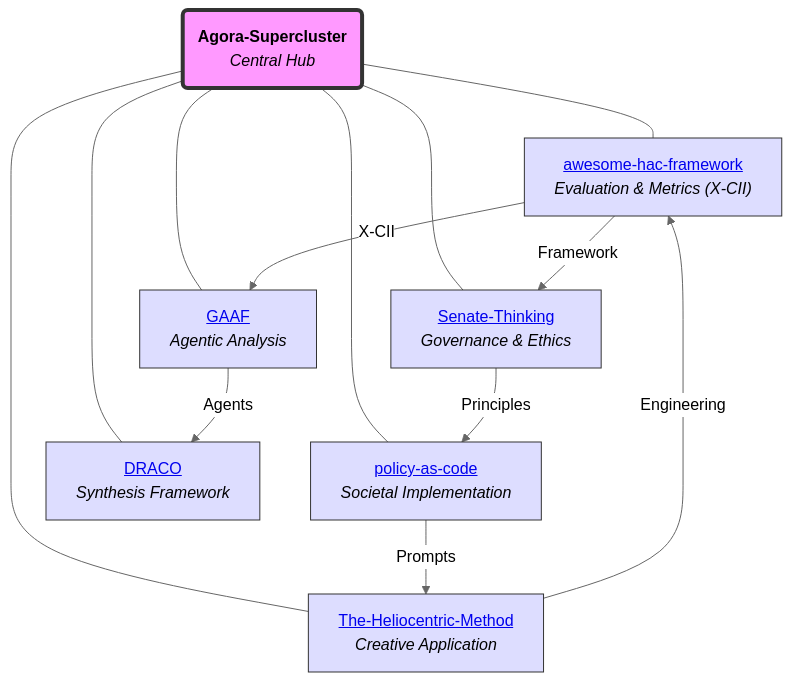
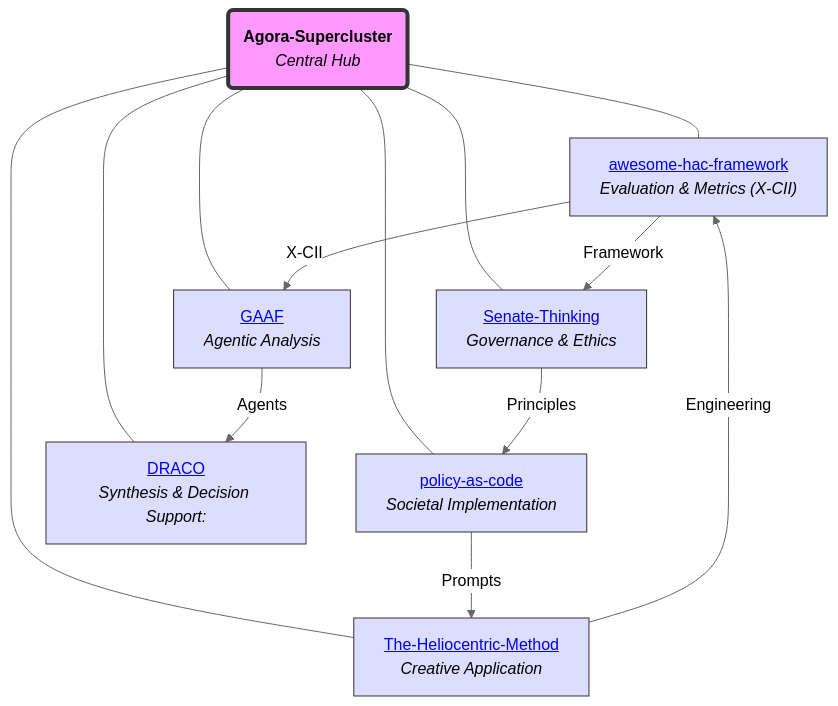
One commit to torisan-unya/Agora-Supercluster changed the diagram in README.md. Above: the diagram before and after it, drawn with Mermaid (neutral theme).

````diff
--- a/README.md
+++ b/README.md
@@ -19,21 +19,21 @@
 ```mermaid
 graph TD
     A("<b>Agora-Supercluster</b><br><i>Central Hub</i>")
     B["<a href='https://github.com/torisan-unya/awesome-hac-framework'>awesome-hac-framework</a><br><i>Evaluation & Metrics (X-CII)</i>"]
     C["<a href='https://github.com/torisan-unya/Senate-Thinking'>Senate-Thinking</a><br><i>Governance & Ethics</i>"]
     D["<a href='https://github.com/torisan-unya/The-Heliocentric-Method'>The-Heliocentric-Method</a><br><i>Creative Application</i>"]
     E["<a href='https://github.com/torisan-unya/GAAF'>GAAF</a><br><i>Agentic Analysis</i>"]
     F["<a href='https://github.com/torisan-unya/policy-as-code'>policy-as-code</a><br><i>Societal Implementation</i>"]
-    H["<a href='https://github.com/torisan-unya/DRACO'>DRACO</a><br><i>Synthesis Framework</i>"]
+    H["<a href='https://github.com/torisan-unya/DRACO'>DRACO</a><br><i>Synthesis & Decision Support:</i>"]
     A --- B & C & D & E & F & H
     B -- X-CII --> E
     B -- Framework --> C
     F -- Prompts --> D
     C -- Principles --> F
     D -- Engineering --> B
     E -- Agents --> H
     classDef hub fill:#f9f,stroke:#333,stroke-width:4px;
     class A hub;
     classDef core fill:#ddf,stroke:#333;
     class B,C,D,E,F,H core;
 ```
````
